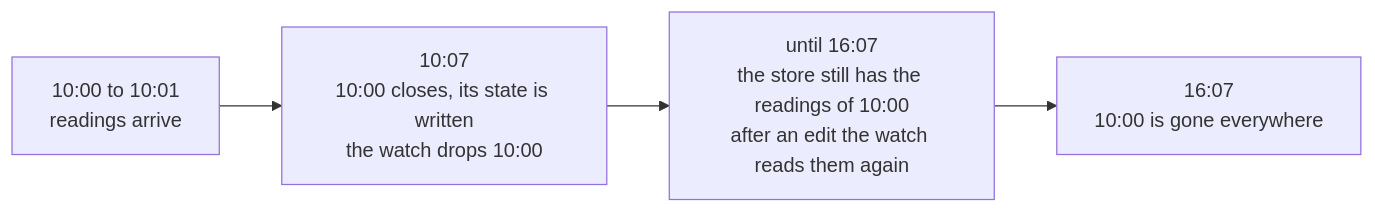
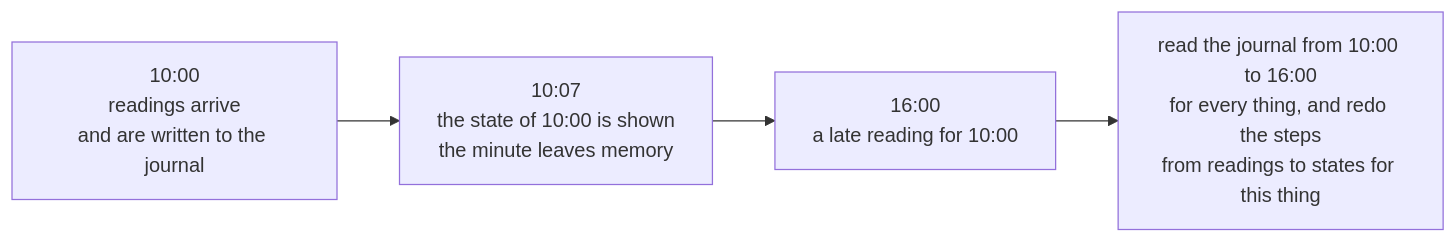
The third of 3 diagrams in paper/research/16-fold-state-per-key.md (abossard/sattle), drawn with Mermaid before and after one commit. The commit also changed other lines of this file, not shown here.

````diff
--- a/paper/research/16-fold-state-per-key.md
+++ b/paper/research/16-fold-state-per-key.md
@@ -53,6 +57,6 @@
 ```mermaid
 flowchart LR
-  A["10:00 to 10:01<br/>readings arrive"] --> B["10:07<br/>10:00 closes, its state is written<br/>the watch drops 10:00"]
-  B --> C["until 16:07<br/>the store still has the readings of 10:00<br/>after an edit the watch reads them again"]
-  C --> D["16:07<br/>10:00 is gone everywhere"]
+  A["10:00<br/>readings arrive<br/>and are written to the journal"] --> B["10:07<br/>the state of 10:00 is shown<br/>the minute leaves memory"]
+  B --> C["16:00<br/>a late reading for 10:00"]
+  C --> D["read the journal from 10:00 to 16:00<br/>for every thing, and redo the steps<br/>from readings to states for this thing"]
 ```
````
